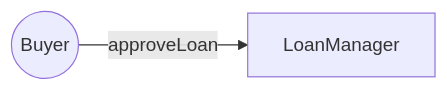
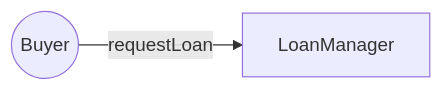
The second of 10 diagrams in docs/contracts/diagrams.md (isle-labs/isle-docs), drawn with Mermaid before and after one commit. The commit also changed other lines of this file and 7 other files, not shown here.

Commit message:
GITBOOK-27: Update and add diagrams

````diff
--- a/docs/contracts/diagrams.md
+++ b/docs/contracts/diagrams.md
@@ -35,6 +27,6 @@
 ```mermaid
 flowchart LR;
   B((Buyer))
   LM[LoanManager]
-  B -- "approveLoan" --> LM
+  B -- "requestLoan" --> LM
 ```
````
